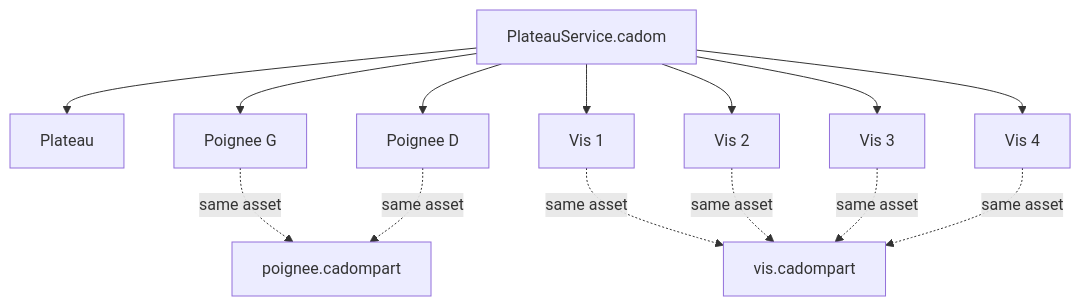
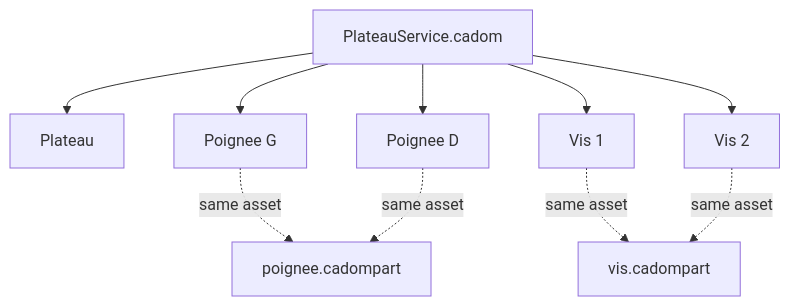
One commit to naanouff/OpenCadEditor changed the diagram in documentation/veille/plateau-service-cadom.md. Above: the diagram before and after it, drawn with Mermaid. The commit also changed other lines of this file and 53 other files, not shown here.

````diff
--- a/documentation/veille/plateau-service-cadom.md
+++ b/documentation/veille/plateau-service-cadom.md
@@ -19,17 +19,13 @@
 ```mermaid
 flowchart TB
   root[PlateauService.cadom]
   root --> plateau[Plateau]
   root --> pG[Poignee G]
   root --> pD[Poignee D]
   root --> v1[Vis 1]
   root --> v2[Vis 2]
-  root --> v3[Vis 3]
-  root --> v4[Vis 4]
   pG -. same asset .-> poignee[poignee.cadompart]
   pD -. same asset .-> poignee
   v1 -. same asset .-> vis[vis.cadompart]
   v2 -. same asset .-> vis
-  v3 -. same asset .-> vis
-  v4 -. same asset .-> vis
 ```
````
